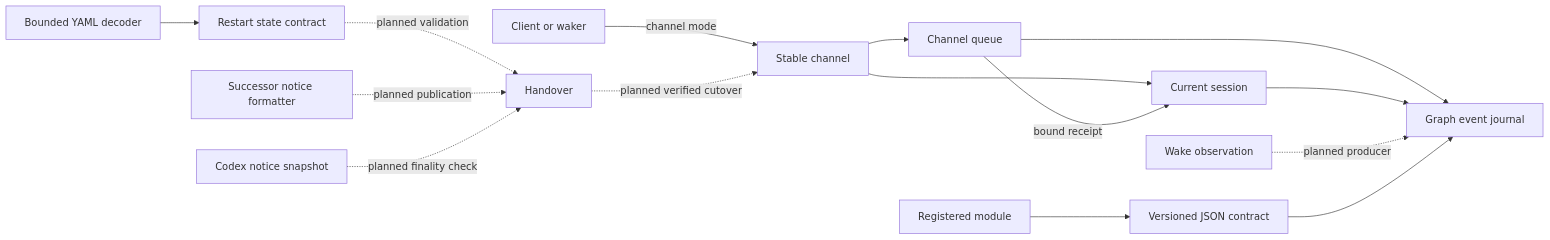
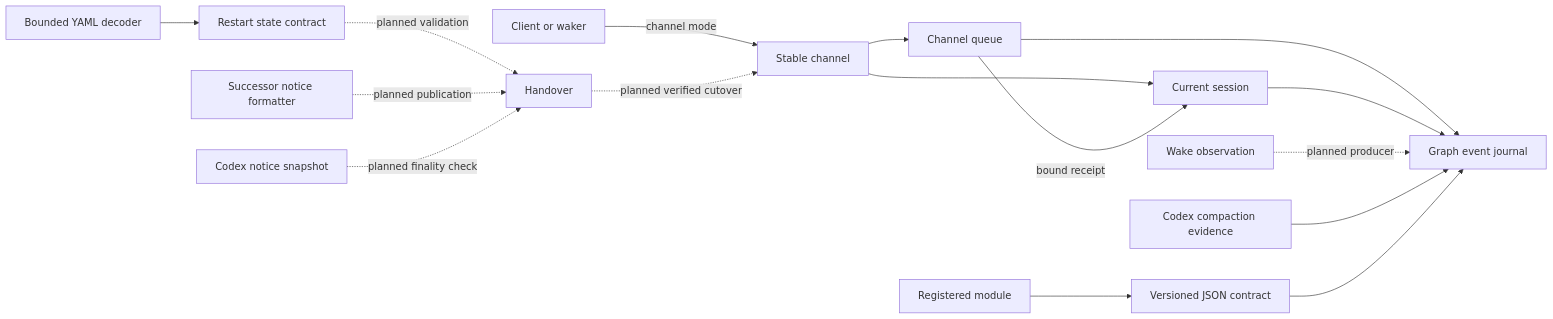
Before and after one commit to NestDevLab/agent-mesh: the diagram in docs/design/plexus-architecture.mmd, drawn with Mermaid. The commit also changed 8 other files, not shown here.

Commit message:
Record verifiable Codex compaction evidence

```diff
--- a/docs/design/plexus-architecture.mmd
+++ b/docs/design/plexus-architecture.mmd
@@ -1,15 +1,16 @@
 flowchart LR
   Client["Client or waker"] -- "channel mode" --> Channel["Stable channel"]
   Channel --> Queue["Channel queue"]
   Channel --> Session["Current session"]
   Queue --> Journal["Graph event journal"]
   Session --> Journal
   Wake["Wake observation"] -. "planned producer" .-> Journal
+  Compaction["Codex compaction evidence"] --> Journal
   Module["Registered module"] --> Contract["Versioned JSON contract"]
   Contract --> Journal
   Queue -- "bound receipt" --> Session
   Yaml["Bounded YAML decoder"] --> Restart
   Restart["Restart state contract"] -. "planned validation" .-> Handover
   Notice["Successor notice formatter"] -. "planned publication" .-> Handover
   Observation["Codex notice snapshot"] -. "planned finality check" .-> Handover
   Handover["Handover"] -. "planned verified cutover" .-> Channel
```
